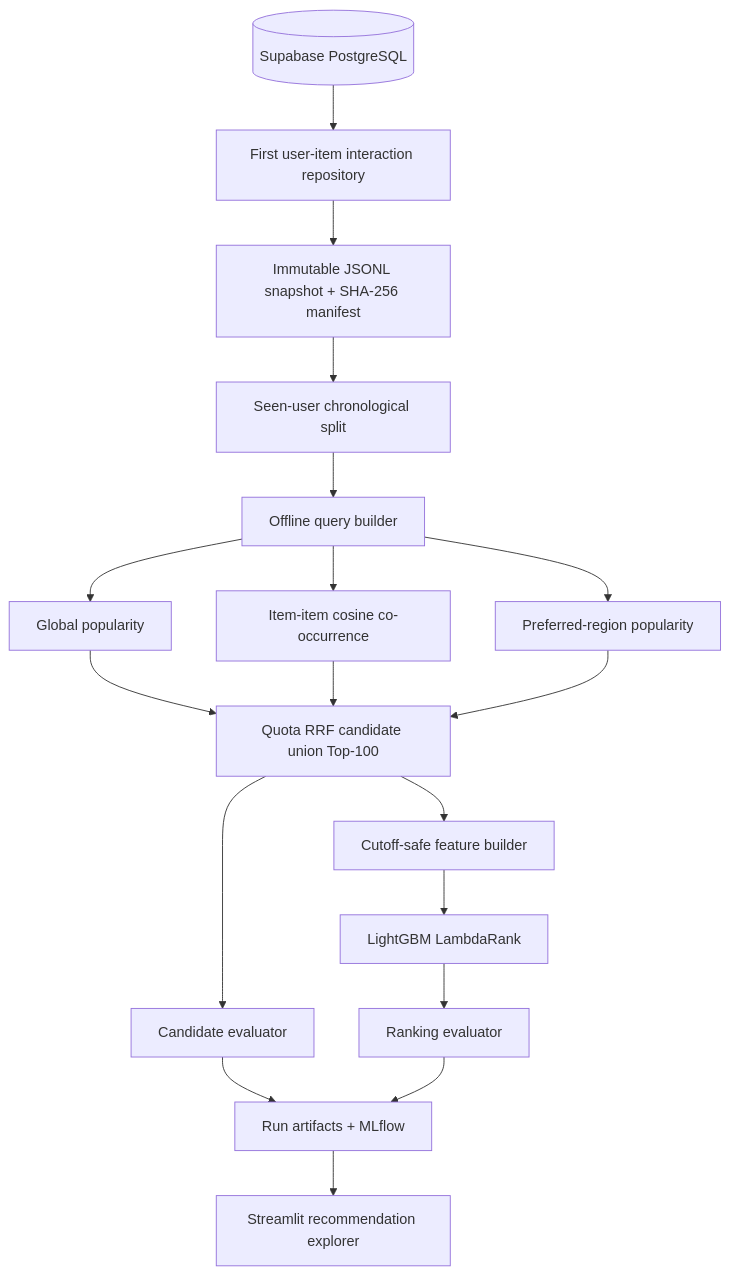
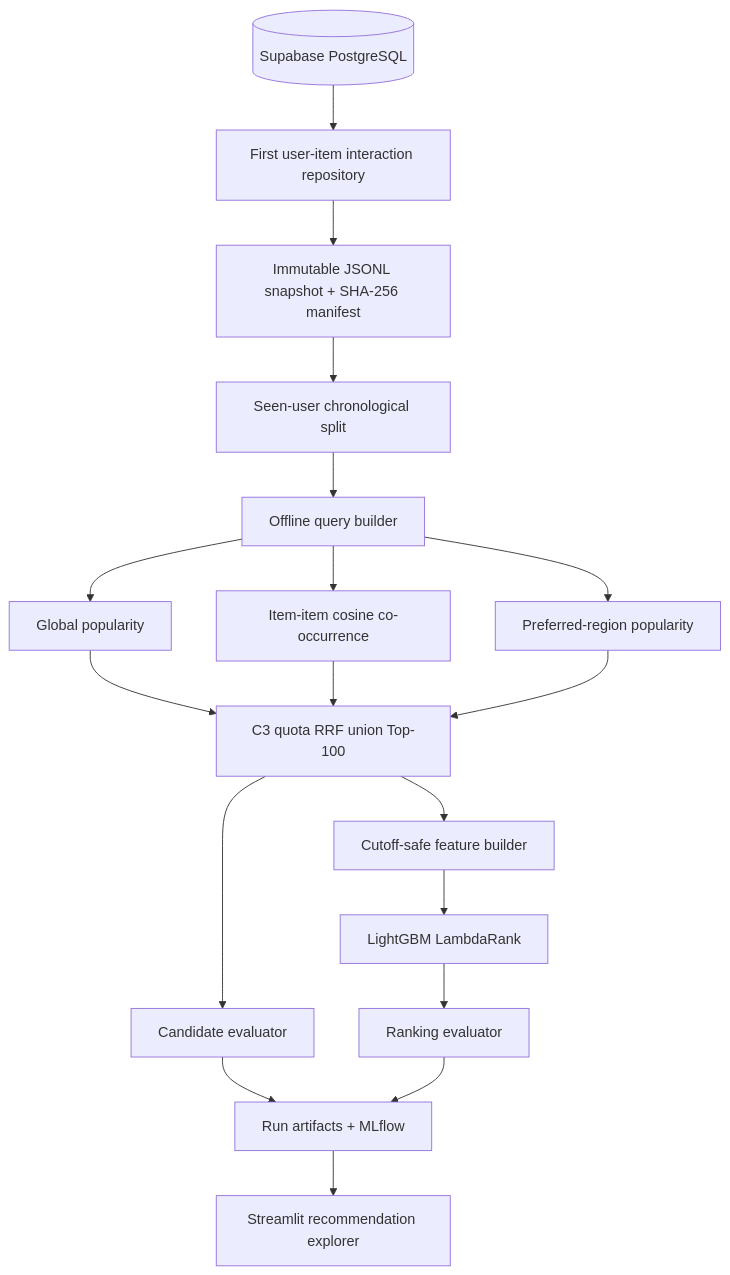
Before and after one commit to han942/ai-ds-projects: the diagram in projects/rating_recsys/BASELINE_MODEL.md, drawn with Mermaid. The commit also changed other lines of this file and 35 other files, not shown here.

````diff
--- a/projects/rating_recsys/BASELINE_MODEL.md
+++ b/projects/rating_recsys/BASELINE_MODEL.md
@@ -25,20 +29,20 @@
 ```mermaid
 flowchart TD
     DB[(Supabase PostgreSQL)] --> R[First user-item interaction repository]
     R --> S[Immutable JSONL snapshot + SHA-256 manifest]
     S --> P[Seen-user chronological split]
     P --> Q[Offline query builder]
     Q --> POP[Global popularity]
     Q --> I2I[Item-item cosine co-occurrence]
     Q --> REG[Preferred-region popularity]
-    POP --> RRF[Quota RRF candidate union Top-100]
+    POP --> RRF[C3 quota RRF union Top-100]
     I2I --> RRF
     REG --> RRF
     RRF --> F[Cutoff-safe feature builder]
     F --> LTR[LightGBM LambdaRank]
     RRF --> CE[Candidate evaluator]
     LTR --> RE[Ranking evaluator]
     CE --> A[Run artifacts + MLflow]
     RE --> A
     A --> UI[Streamlit recommendation explorer]
 ```
````
